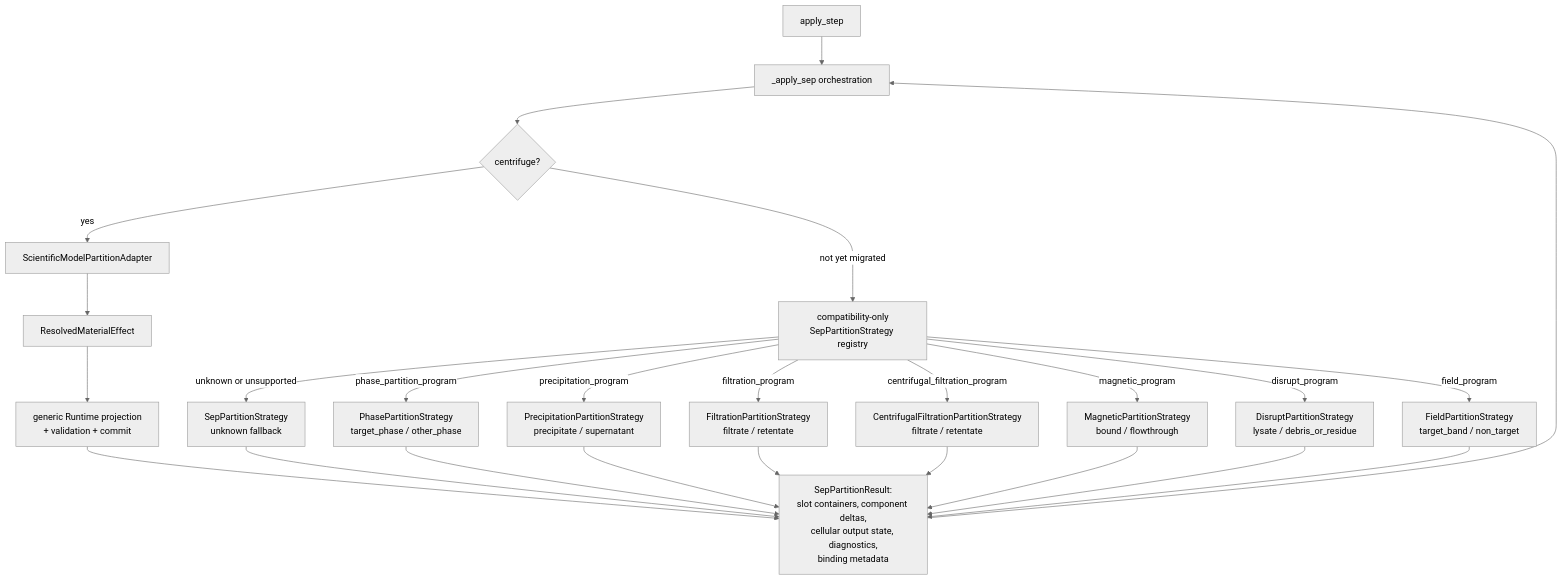
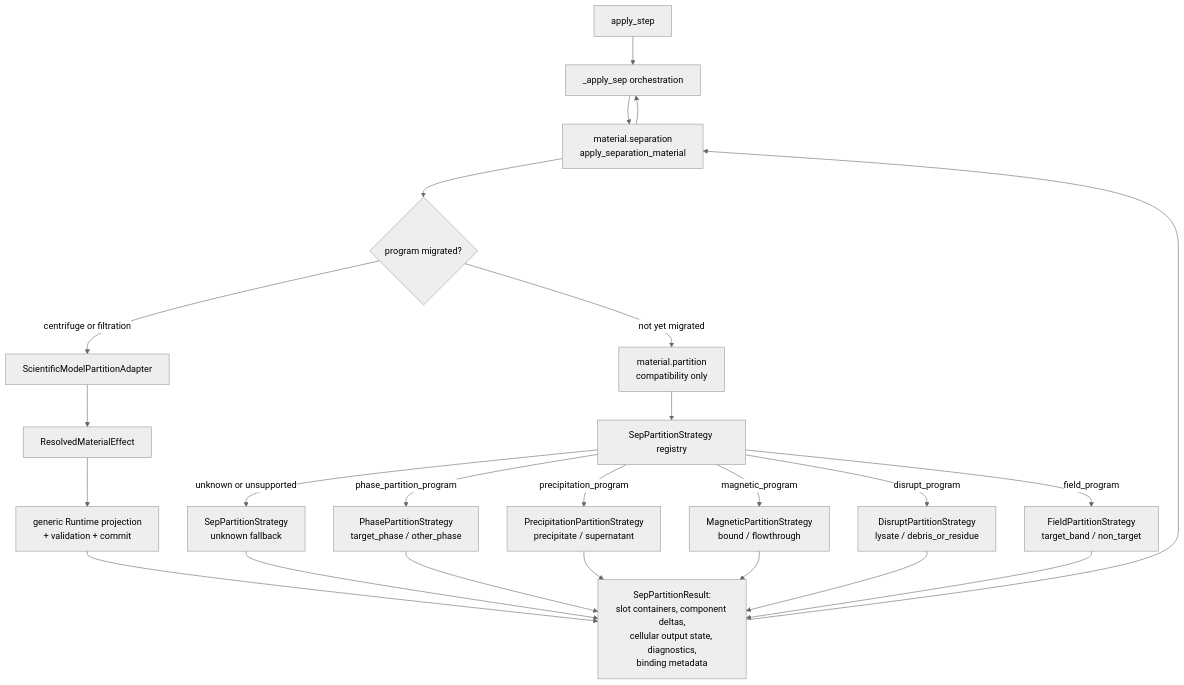
One commit to culsma/culsma changed the eighth of 13 diagrams in docs/architecture/runtime_module_diagrams.md. Above: the diagram before and after it, drawn with Mermaid (neutral theme). The commit also changed other lines of this file and 17 other files, not shown here.

Commit message:
refactor(material): centralize separation application

````diff
--- a/docs/architecture/runtime_module_diagrams.md
+++ b/docs/architecture/runtime_module_diagrams.md
@@ -573,42 +581,41 @@
 ```mermaid
 flowchart TB
     Apply["apply_step"]
     Sep["_apply_sep orchestration"]
-    Gate{"centrifuge?"}
+    Separation["material.separation<br/>apply_separation_material"]
+    Gate{"program migrated?"}
     Adapter["ScientificModelPartitionAdapter"]
     Effect["ResolvedMaterialEffect"]
     Project["generic Runtime projection<br/>+ validation + commit"]
-    Registry["compatibility-only<br/>SepPartitionStrategy registry"]
+    Legacy["material.partition<br/>compatibility only"]
+    Registry["SepPartitionStrategy registry"]
     Default["SepPartitionStrategy<br/>unknown fallback"]
     Phase["PhasePartitionStrategy<br/>target_phase / other_phase"]
     Precip["PrecipitationPartitionStrategy<br/>precipitate / supernatant"]
-    Filter["FiltrationPartitionStrategy<br/>filtrate / retentate"]
-    CentrifugalFilter["CentrifugalFiltrationPartitionStrategy<br/>filtrate / retentate"]
     Magnetic["MagneticPartitionStrategy<br/>bound / flowthrough"]
     Disrupt["DisruptPartitionStrategy<br/>lysate / debris_or_residue"]
     Field["FieldPartitionStrategy<br/>target_band / non_target"]
     Result["SepPartitionResult:<br/>slot containers, component deltas,<br/>cellular output state, diagnostics,<br/>binding metadata"]
 
     Apply --> Sep
-    Sep --> Gate
-    Gate -->|yes| Adapter
+    Sep --> Separation
+    Separation --> Gate
+    Gate -->|centrifuge or filtration| Adapter
     Adapter --> Effect --> Project --> Result
-    Gate -->|not yet migrated| Registry
+    Gate -->|not yet migrated| Legacy
+    Legacy --> Registry
     Registry -->|unknown or unsupported| Default
     Registry -->|phase_partition_program| Phase
     Registry -->|precipitation_program| Precip
-    Registry -->|filtration_program| Filter
-    Registry -->|centrifugal_filtration_program| CentrifugalFilter
     Registry -->|magnetic_program| Magnetic
     Registry -->|disrupt_program| Disrupt
     Registry -->|field_program| Field
     Default --> Result
     Phase --> Result
     Precip --> Result
-    Filter --> Result
-    CentrifugalFilter --> Result
     Magnetic --> Result
     Disrupt --> Result
     Field --> Result
-    Result --> Sep
+    Result --> Separation
+    Separation --> Sep
 ```
````
